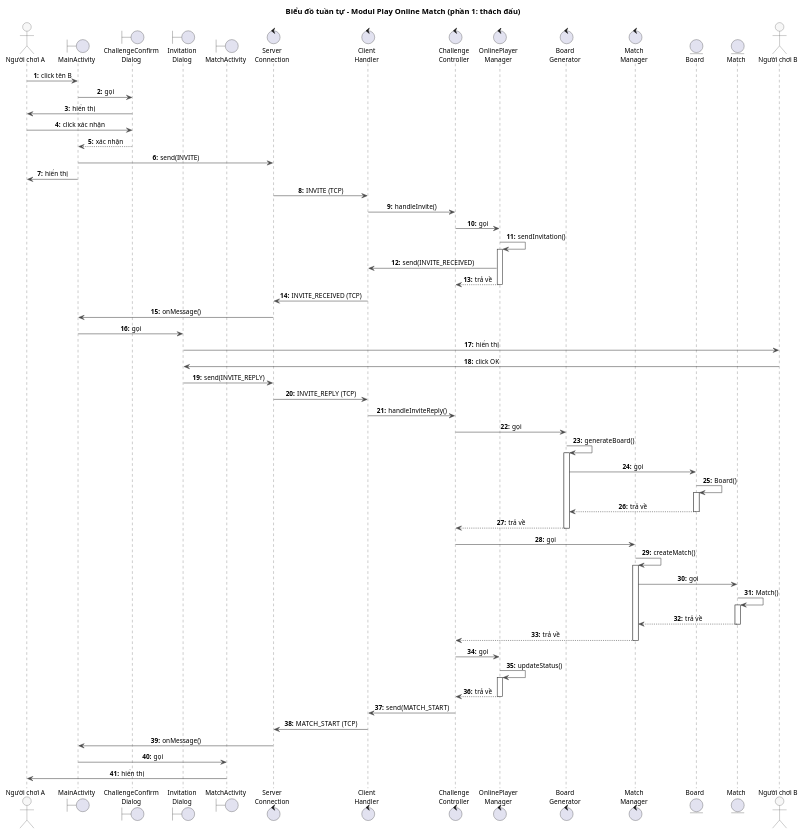
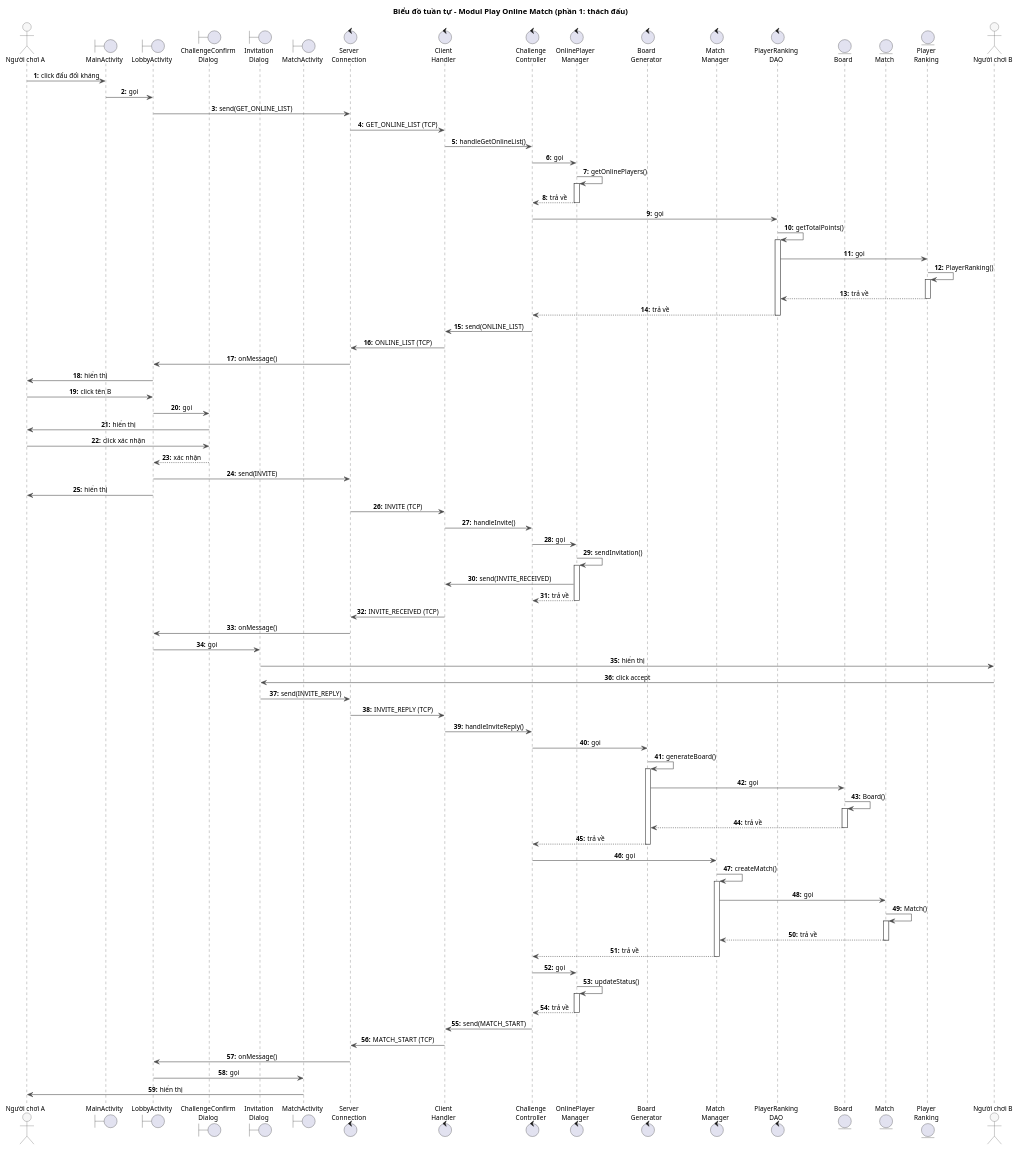
The diagram in docs/uml/pha3/seq-m4-1.puml (VattenL/mobile-pikachu), drawn with PlantUML before and after one commit. The commit also changed 56 other files, not shown here.

First line of the commit message:
docs: guests, lobby screen, ranking pages and rematch wording

```diff
--- a/docs/uml/pha3/seq-m4-1.puml
+++ b/docs/uml/pha3/seq-m4-1.puml
@@ -1,86 +1,113 @@
 @startuml seq-m4-1
 title Biểu đồ tuần tự - Modul Play Online Match (phần 1: thách đấu)
 
 skinparam shadowing false
 skinparam defaultFontSize 12
 skinparam sequenceMessageAlign center
 skinparam responseMessageBelowArrow true
 skinparam ArrowColor #4A4A4A
 skinparam sequence {
   LifeLineBorderColor #4A4A4A
   ParticipantBorderColor #4A4A4A
   ParticipantBackgroundColor #F7F7F7
   ActorBorderColor #4A4A4A
   ActorBackgroundColor #F7F7F7
 }
 autonumber "<b>0:"
 
 actor "Người chơi A" as A
 boundary MainActivity
+boundary LobbyActivity
 boundary "ChallengeConfirm\nDialog" as ChallengeConfirmDialog
 boundary "Invitation\nDialog" as InvitationDialog
 boundary MatchActivity
 control "Server\nConnection" as ServerConnection
 control "Client\nHandler" as ClientHandler
 control "Challenge\nController" as ChallengeController
 control "OnlinePlayer\nManager" as OnlinePlayerManager
 control "Board\nGenerator" as BoardGenerator
 control "Match\nManager" as MatchManager
+control "PlayerRanking\nDAO" as PlayerRankingDAO
 entity Board
 entity Match
+entity "Player\nRanking" as PlayerRanking
 actor "Người chơi B" as B
 
-A -> MainActivity : click tên B
-MainActivity -> ChallengeConfirmDialog : gọi
+A -> MainActivity : click đấu đối kháng
+MainActivity -> LobbyActivity : gọi
+LobbyActivity -> ServerConnection : send(GET_ONLINE_LIST)
+ServerConnection -> ClientHandler : GET_ONLINE_LIST (TCP)
+ClientHandler -> ChallengeController : handleGetOnlineList()
+ChallengeController -> OnlinePlayerManager : gọi
+OnlinePlayerManager -> OnlinePlayerManager : getOnlinePlayers()
+activate OnlinePlayerManager
+OnlinePlayerManager --> ChallengeController : trả về
+deactivate OnlinePlayerManager
+ChallengeController -> PlayerRankingDAO : gọi
+PlayerRankingDAO -> PlayerRankingDAO : getTotalPoints()
+activate PlayerRankingDAO
+PlayerRankingDAO -> PlayerRanking : gọi
+PlayerRanking -> PlayerRanking : PlayerRanking()
+activate PlayerRanking
+PlayerRanking --> PlayerRankingDAO : trả về
+deactivate PlayerRanking
+PlayerRankingDAO --> ChallengeController : trả về
+deactivate PlayerRankingDAO
+ChallengeController -> ClientHandler : send(ONLINE_LIST)
+ClientHandler -> ServerConnection : ONLINE_LIST (TCP)
+ServerConnection -> LobbyActivity : onMessage()
+LobbyActivity -> A : hiển thị
+A -> LobbyActivity : click tên B
+LobbyActivity -> ChallengeConfirmDialog : gọi
 ChallengeConfirmDialog -> A : hiển thị
 A -> ChallengeConfirmDialog : click xác nhận
-ChallengeConfirmDialog --> MainActivity : xác nhận
-MainActivity -> ServerConnection : send(INVITE)
-MainActivity -> A : hiển thị
+ChallengeConfirmDialog --> LobbyActivity : xác nhận
+LobbyActivity -> ServerConnection : send(INVITE)
+LobbyActivity -> A : hiển thị
 ServerConnection -> ClientHandler : INVITE (TCP)
 ClientHandler -> ChallengeController : handleInvite()
 ChallengeController -> OnlinePlayerManager : gọi
 OnlinePlayerManager -> OnlinePlayerManager : sendInvitation()
 activate OnlinePlayerManager
 OnlinePlayerManager -> ClientHandler : send(INVITE_RECEIVED)
 OnlinePlayerManager --> ChallengeController : trả về
 deactivate OnlinePlayerManager
 ClientHandler -> ServerConnection : INVITE_RECEIVED (TCP)
-ServerConnection -> MainActivity : onMessage()
-MainActivity -> InvitationDialog : gọi
+ServerConnection -> LobbyActivity : onMessage()
+LobbyActivity -> InvitationDialog : gọi
 InvitationDialog -> B : hiển thị
-B -> InvitationDialog : click OK
+B -> InvitationDialog : click accept
 InvitationDialog -> ServerConnection : send(INVITE_REPLY)
 ServerConnection -> ClientHandler : INVITE_REPLY (TCP)
 ClientHandler -> ChallengeController : handleInviteReply()
 ChallengeController -> BoardGenerator : gọi
 BoardGenerator -> BoardGenerator : generateBoard()
 activate BoardGenerator
 BoardGenerator -> Board : gọi
 Board -> Board : Board()
 activate Board
 Board --> BoardGenerator : trả về
 deactivate Board
 BoardGenerator --> ChallengeController : trả về
 deactivate BoardGenerator
 ChallengeController -> MatchManager : gọi
 MatchManager -> MatchManager : createMatch()
 activate MatchManager
 MatchManager -> Match : gọi
 Match -> Match : Match()
 activate Match
 Match --> MatchManager : trả về
 deactivate Match
 MatchManager --> ChallengeController : trả về
 deactivate MatchManager
 ChallengeController -> OnlinePlayerManager : gọi
 OnlinePlayerManager -> OnlinePlayerManager : updateStatus()
 activate OnlinePlayerManager
 OnlinePlayerManager --> ChallengeController : trả về
 deactivate OnlinePlayerManager
 ChallengeController -> ClientHandler : send(MATCH_START)
 ClientHandler -> ServerConnection : MATCH_START (TCP)
-ServerConnection -> MainActivity : onMessage()
-MainActivity -> MatchActivity : gọi
+ServerConnection -> LobbyActivity : onMessage()
+LobbyActivity -> MatchActivity : gọi
 MatchActivity -> A : hiển thị
 @enduml
```
